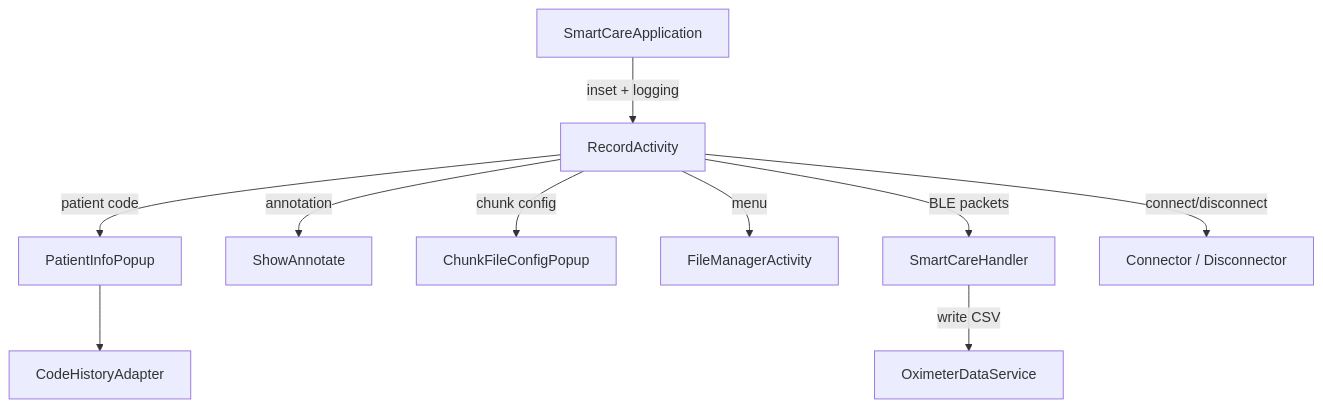
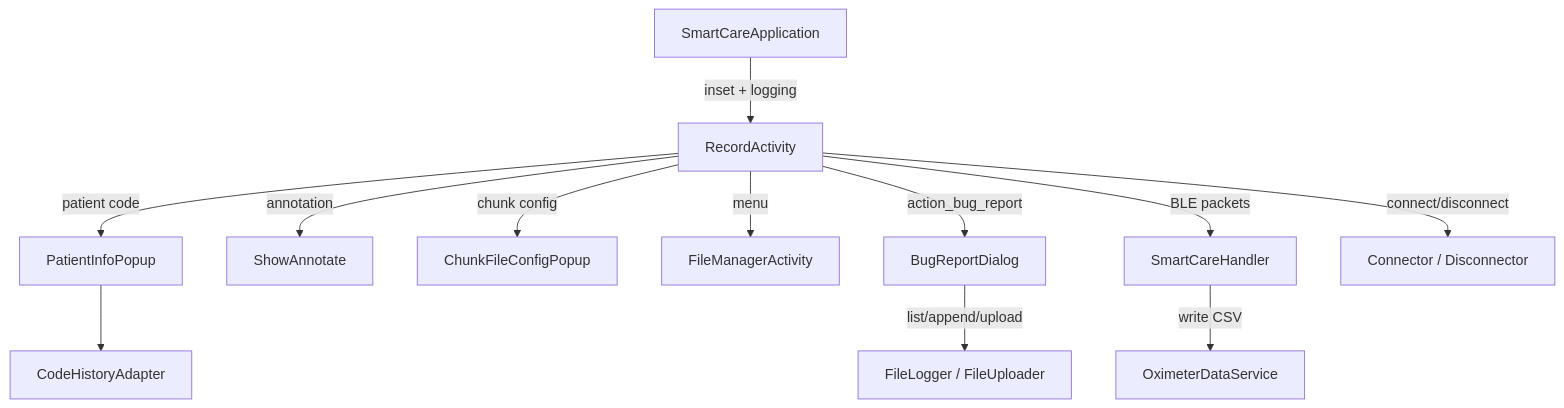
Before and after one commit to Oucru-Innovations/SmartCare-Capture: the diagram in docs/en/3-modules/module-ui-recording.md, drawn with Mermaid. The commit also changed other lines of this file and 36 other files, not shown here.

Commit message:
docs: sync README and en/vi docs for logging, bug report, and file manager

````diff
--- a/docs/en/3-modules/module-ui-recording.md
+++ b/docs/en/3-modules/module-ui-recording.md
@@ -77,12 +85,14 @@
 ```mermaid
 flowchart TB
     App[SmartCareApplication] -->|inset + logging| RA[RecordActivity]
     RA -->|patient code| PIP[PatientInfoPopup]
     PIP --> CHA[CodeHistoryAdapter]
     RA -->|annotation| SA[ShowAnnotate]
     RA -->|chunk config| CFC[ChunkFileConfigPopup]
     RA -->|menu| FMA[FileManagerActivity]
+    RA -->|action_bug_report| BRD[BugReportDialog]
+    BRD -->|list/append/upload| FL[FileLogger / FileUploader]
     RA -->|BLE packets| H[SmartCareHandler]
     H -->|write CSV| Svc[OximeterDataService]
     RA -->|connect/disconnect| Conn[Connector / Disconnector]
 ```
````
